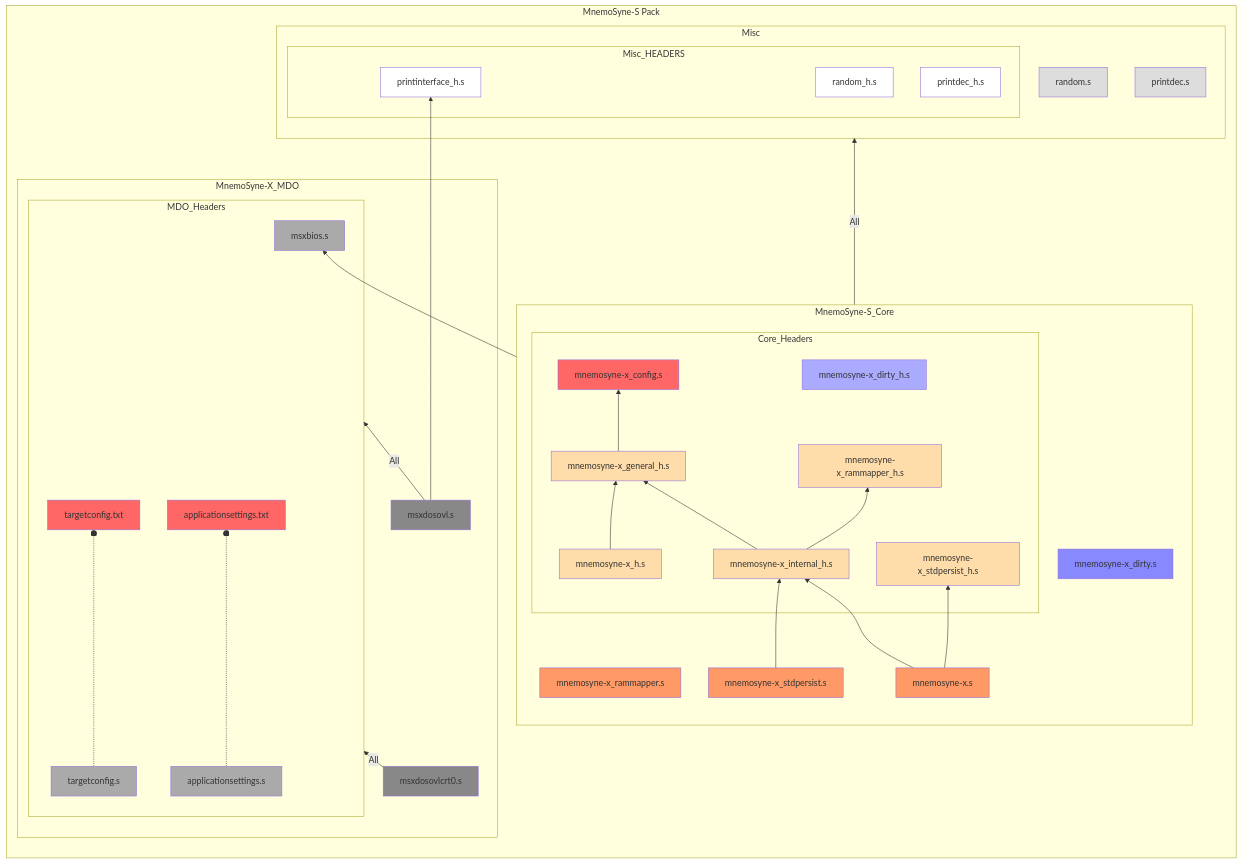
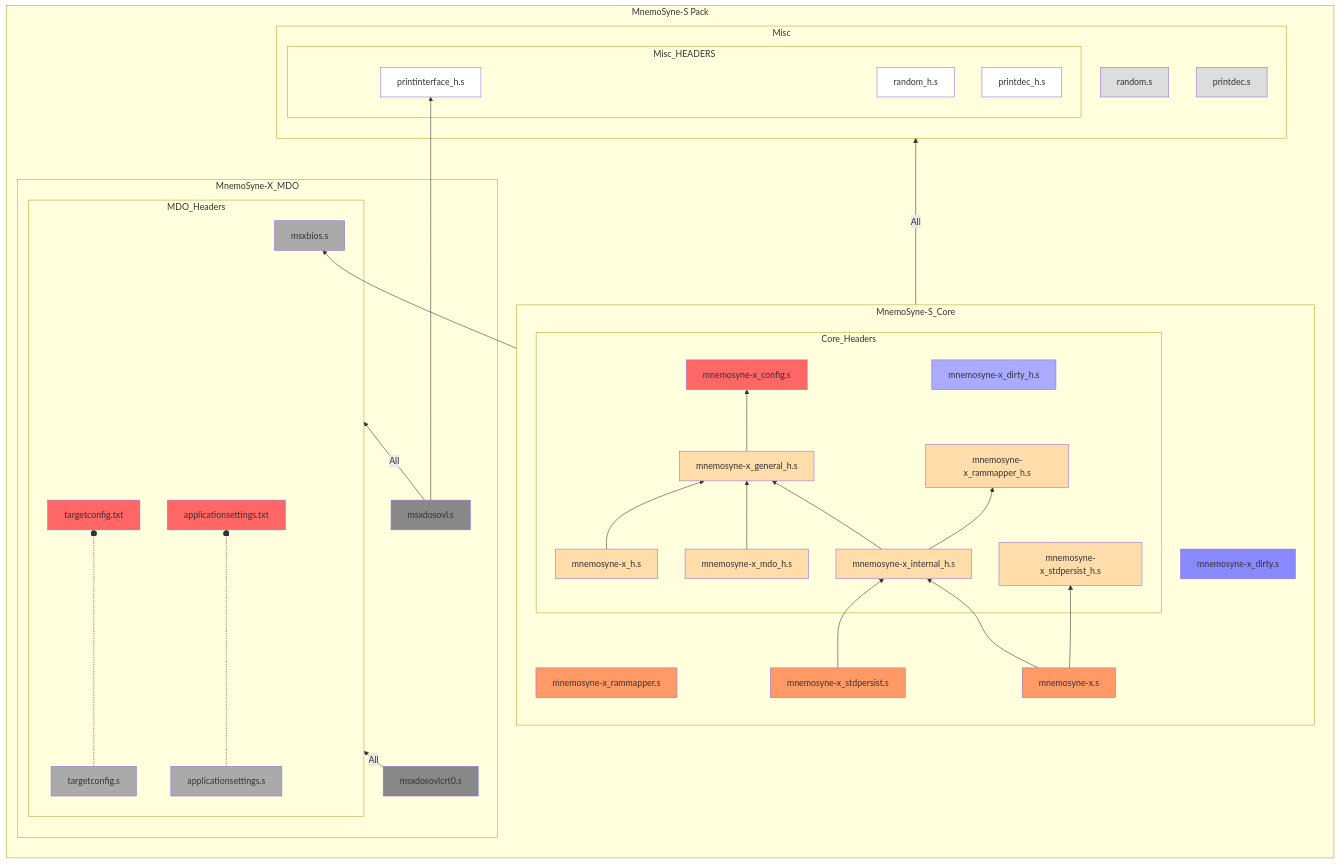
Before and after one commit to DamnedAngel/MnemoSyne-X: the diagram in README.md, drawn with Mermaid. The commit also changed other lines of this file and 2 other files, not shown here.

Commit message:
[TKT_00020] Added mnemosyne-x_mdo_h.s declaring the _mnemo_*_hook API for MDO clients.

```diff
--- a/README.md
+++ b/README.md
@@ -47,6 +47,7 @@
                 MS-X_C_H.S["mnemosyne-x_config.s"]:::cfgHeader
                 MS-X_G_H.S["mnemosyne-x_general_h.s"]:::asmHeader
                 MS-X_H.S["mnemosyne-x_h.s"]:::asmHeader
+                MS-X_MDO_H.S["mnemosyne-x_mdo_h.s"]:::asmHeader
                 MS-X_I_H.S["mnemosyne-x_internal_h.s"]:::asmHeader
                 MS-X_SP_H.S["mnemosyne-x_stdpersist_h.s"]:::asmHeader
                 MS-X_D_H.S["mnemosyne-x_dirty_h.s"]:::asmDirtyHeader
@@ -59,6 +60,7 @@
 
             MS-X_G_H.S --> MS-X_C_H.S
             MS-X_H.S --> MS-X_G_H.S
+            MS-X_MDO_H.S --> MS-X_G_H.S
             MS-X_I_H.S --> MS-X_G_H.S
             MS-X_I_H.S --> MS-X_RM_H.S
 
```
